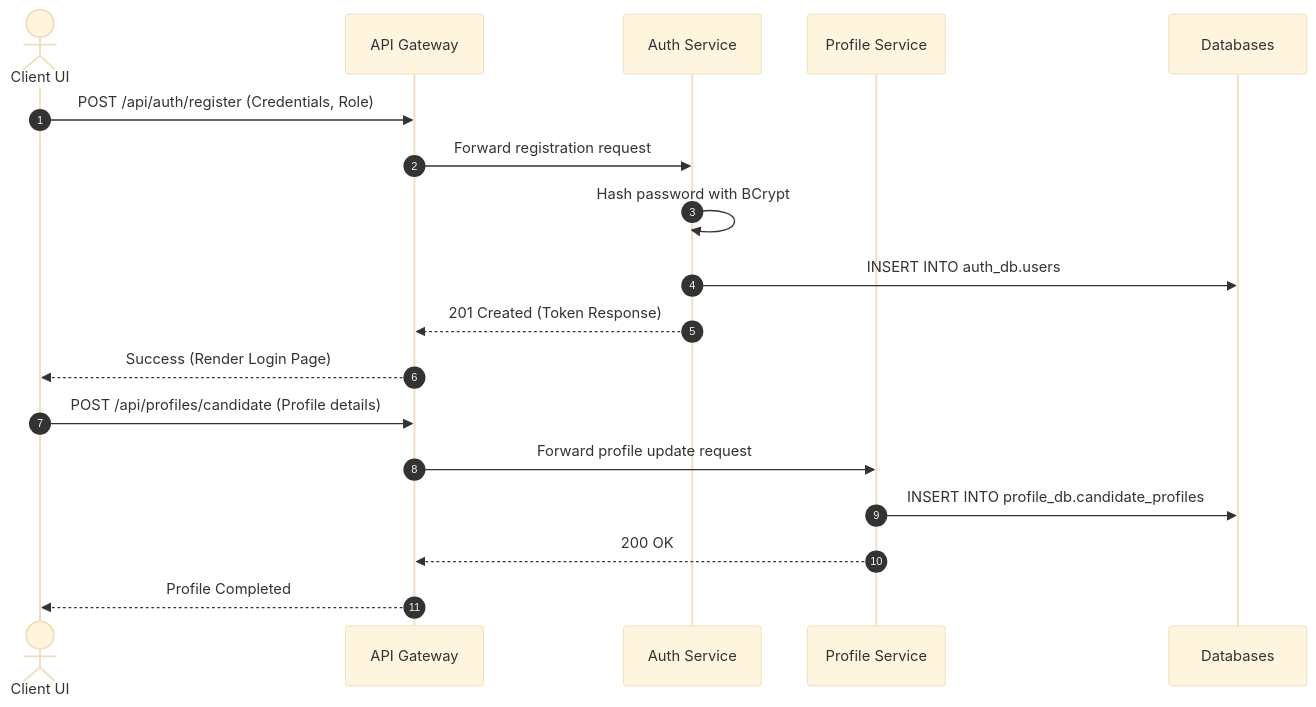
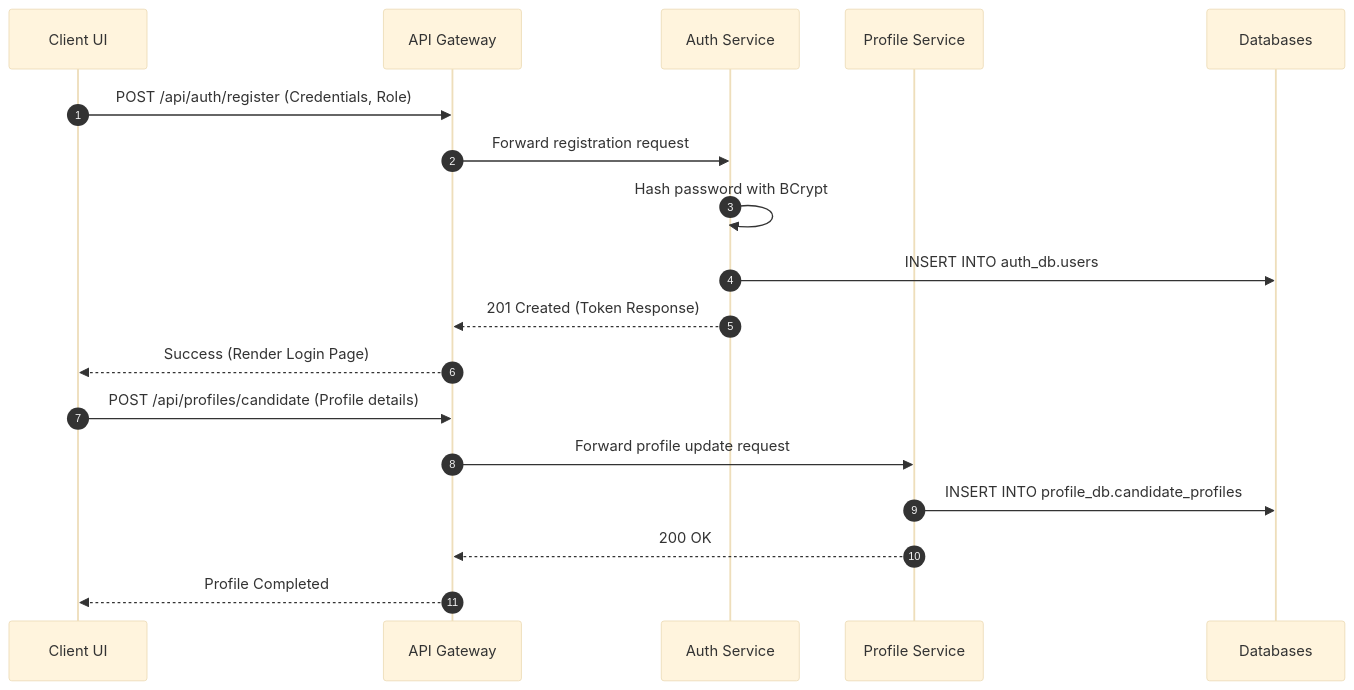
Before and after one commit to Priyanka33591/HireConnect-Job-Portal: diagram 19 of 22 in readme.md, drawn with Mermaid (base theme). The commit also changed other lines of this file, not shown here.

Commit message:
Refactor Mermaid diagrams for clarity and consistency

````diff
--- a/readme.md
+++ b/readme.md
@@ -1007,24 +1007,24 @@
 ```mermaid
 sequenceDiagram
     autonumber
-    actor User as Client UI
+    participant User as Client UI
     participant Gateway as API Gateway
     participant Auth as Auth Service
     participant Profile as Profile Service
     participant DB as Databases
 
     %% Register Flow
     User->>Gateway: POST /api/auth/register (Credentials, Role)
     Gateway->>Auth: Forward registration request
     Auth->>Auth: Hash password with BCrypt
     Auth->>DB: INSERT INTO auth_db.users
     Auth-->>Gateway: 201 Created (Token Response)
     Gateway-->>User: Success (Render Login Page)
 
     %% Profile Init Triggered On First Profile Save
     User->>Gateway: POST /api/profiles/candidate (Profile details)
     Gateway->>Profile: Forward profile update request
     Profile->>DB: INSERT INTO profile_db.candidate_profiles
     Profile-->>Gateway: 200 OK
     Gateway-->>User: Profile Completed
 ```
````
